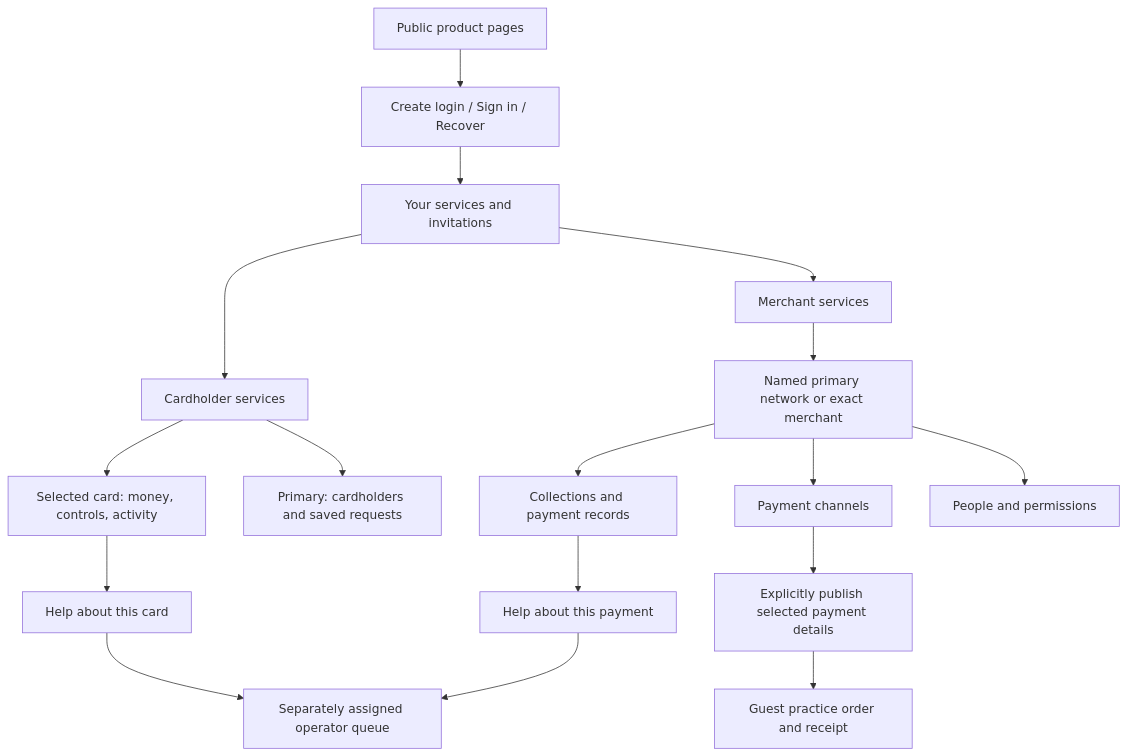
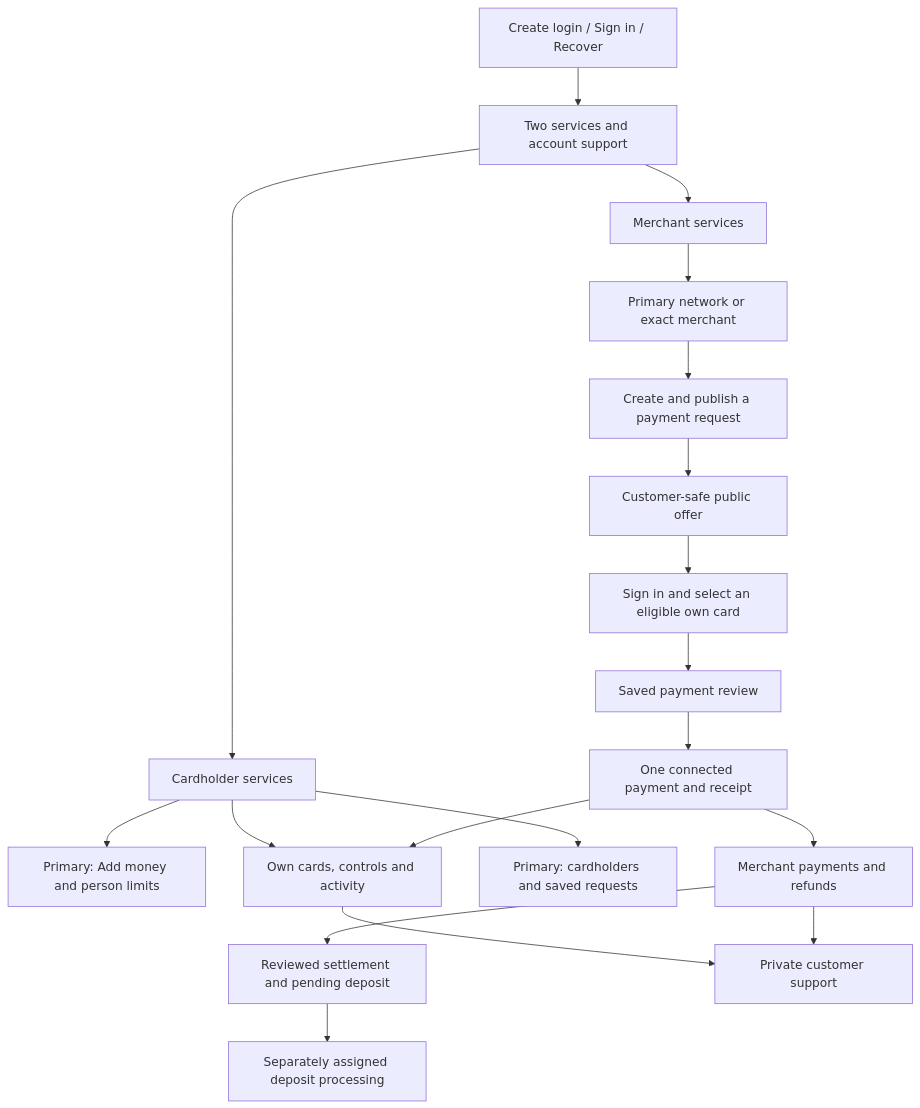
One commit to nidcyj-haXqer-3disti/etail-depot-next changed the first of 2 diagrams in docs/PRODUCT_TECHNICAL_DESIGN.md. Above: the diagram before and after it, drawn with Mermaid. The commit also changed other lines of this file and 192 other files, not shown here.

Commit message:
Rebuild prepaid card funding and connected merchant payments

````diff
--- a/docs/PRODUCT_TECHNICAL_DESIGN.md
+++ b/docs/PRODUCT_TECHNICAL_DESIGN.md
@@ -34,19 +19,21 @@
 ```mermaid
 flowchart TD
-  Public[Public product pages] --> Login[Create login / Sign in / Recover]
-  Login --> Services[Your services and invitations]
-  Services --> Cards[Cardholder services]
-  Services --> Merchants[Merchant services]
-  Cards --> SelectedCard[Selected card: money, controls, activity]
-  Cards --> People[Primary: cardholders and saved requests]
-  Merchants --> Scope[Named primary network or exact merchant]
-  Scope --> Payments[Collections and payment records]
-  Scope --> Channels[Payment channels]
-  Scope --> Access[People and permissions]
-  SelectedCard --> CardHelp[Help about this card]
-  Payments --> MerchantHelp[Help about this payment]
-  CardHelp --> Queue[Separately assigned operator queue]
-  MerchantHelp --> Queue
-  Channels --> Publish[Explicitly publish selected payment details]
-  Publish --> Guest[Guest practice order and receipt]
+  Login[Create login / Sign in / Recover] --> Services[Two services and account support]
+  Services --> Cardholder[Cardholder services]
+  Services --> Merchant[Merchant services]
+  Cardholder --> Funds[Primary: Add money and person limits]
+  Cardholder --> Cards[Own cards, controls and activity]
+  Cardholder --> People[Primary: cardholders and saved requests]
+  Merchant --> Scope[Primary network or exact merchant]
+  Scope --> Collect[Create and publish a payment request]
+  Collect --> Offer[Customer-safe public offer]
+  Offer --> Payer[Sign in and select an eligible own card]
+  Payer --> Review[Saved payment review]
+  Review --> Paid[One connected payment and receipt]
+  Paid --> Cards
+  Paid --> Records[Merchant payments and refunds]
+  Records --> Deposit[Reviewed settlement and pending deposit]
+  Deposit --> Operator[Separately assigned deposit processing]
+  Cards --> Care[Private customer support]
+  Records --> Care
 ```
````
